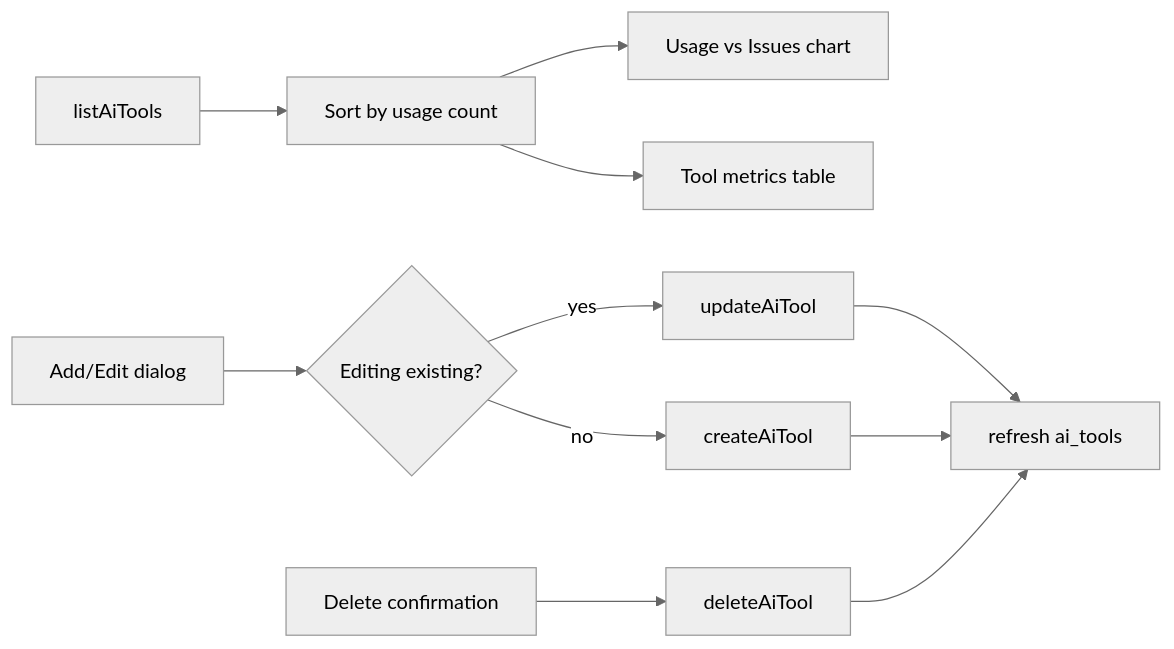
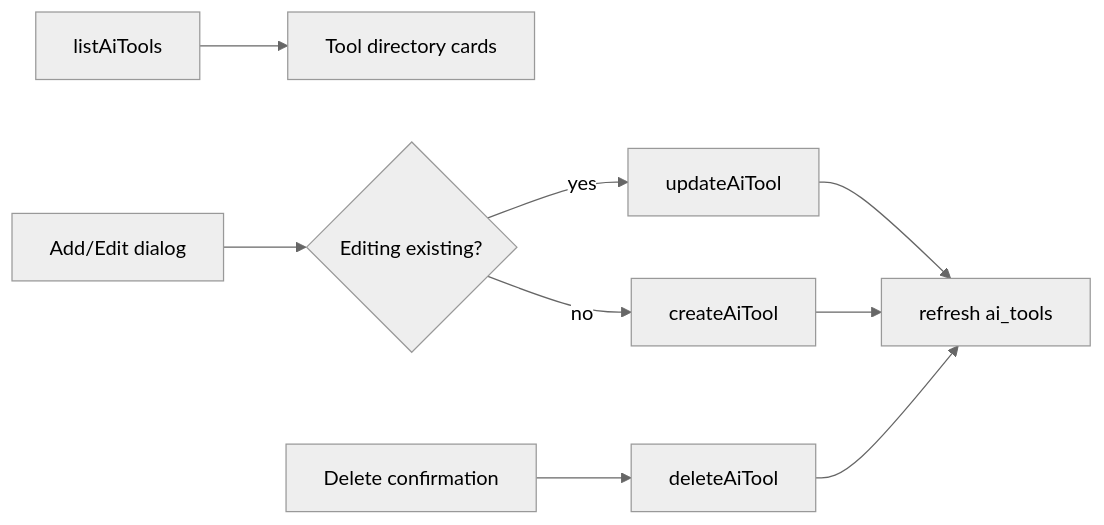
Diagram 11 of 16 in SYSTEM_FLOW.md (muhammadjamshed7/Assignmentwork), drawn with Mermaid (neutral theme) before and after one commit. The commit also changed other lines of this file and 100 other files, not shown here.

````diff
--- a/SYSTEM_FLOW.md
+++ b/SYSTEM_FLOW.md
@@ -370,13 +356,11 @@
 ```mermaid
 flowchart LR
-  ListAiTools[listAiTools] --> Sort[Sort by usage count]
-  Sort --> Chart[Usage vs Issues chart]
-  Sort --> Table[Tool metrics table]
+  ListAiTools[listAiTools] --> Cards[Tool directory cards]
   ToolForm[Add/Edit dialog] --> SaveTool{Editing existing?}
   SaveTool -- yes --> UpdateTool[updateAiTool]
   SaveTool -- no --> CreateTool[createAiTool]
   UpdateTool --> Refresh[refresh ai_tools]
   CreateTool --> Refresh
   DeleteAction[Delete confirmation] --> DeleteTool[deleteAiTool]
   DeleteTool --> Refresh
 ```
````
